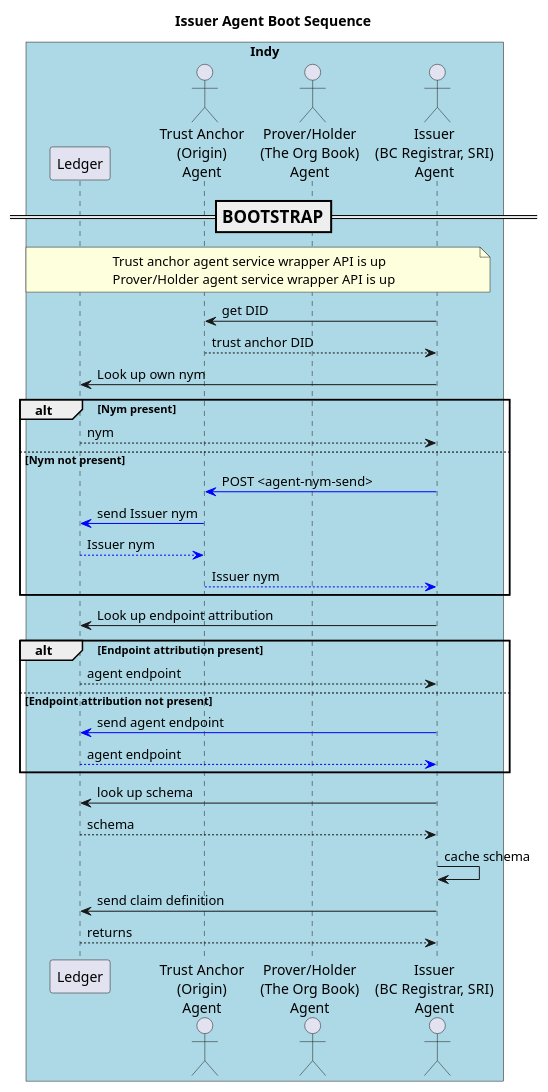
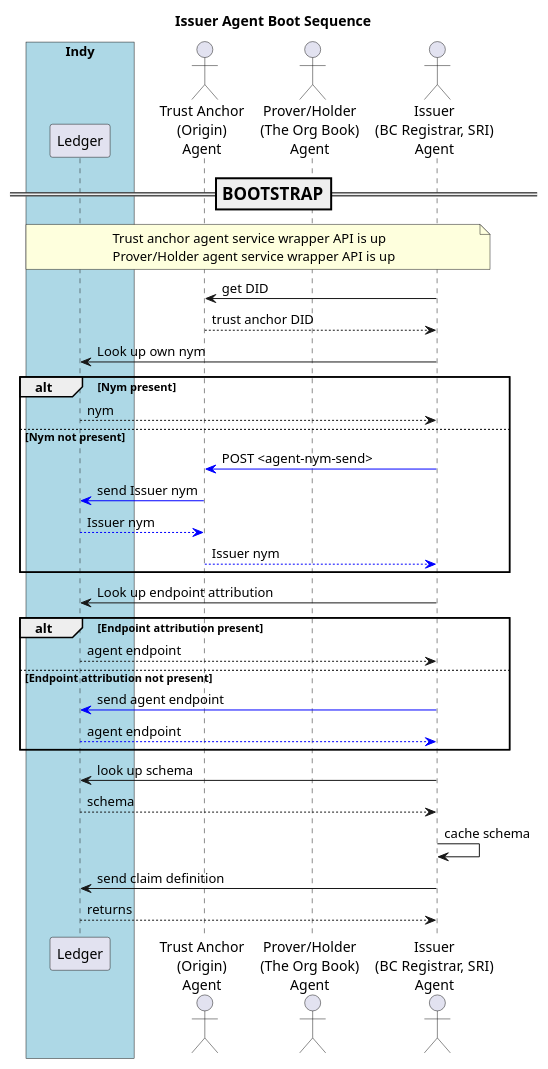
Before and after one commit to PSPC-SPAC-buyandsell/demo-agent: the diagram in doc/pic/src/boot.isag.puml, drawn with PlantUML. The commit also changed 13 other files, not shown here.

Commit message:
tweaks for logging, requirements.txt, diagrams

```diff
--- a/doc/pic/src/boot.isag.puml
+++ b/doc/pic/src/boot.isag.puml
@@ -1,49 +1,49 @@
 @startuml
 skinparam ParticipantPadding 20
 skinparam BaloxPadding 20
 
 title Issuer Agent Boot Sequence
 
 
 box "Indy" #LightBlue
     participant "Ledger" as ledger
-    actor "Trust Anchor\n(Origin)\nAgent" as tag
-    actor "Prover/Holder\n(The Org Book)\nAgent" as obag
-    actor "Issuer\n(BC Registrar, SRI)\nAgent" as isag
 endbox
+actor "Trust Anchor\n(Origin)\nAgent" as tag
+actor "Prover/Holder\n(The Org Book)\nAgent" as obag
+actor "Issuer\n(BC Registrar, SRI)\nAgent" as isag
 
 === BOOTSTRAP ==
 note over ledger, isag
 Trust anchor agent service wrapper API is up
 Prover/Holder agent service wrapper API is up
 endnote
 
 isag -> tag: get DID
 tag --> isag: trust anchor DID
 
 isag -> ledger: Look up own nym
 alt Nym present
     ledger --> isag: nym
 else Nym not present
     isag -[#blue]> tag: POST <agent-nym-send>
     tag -[#blue]> ledger: send Issuer nym
     ledger --[#blue]> tag: Issuer nym
     tag --[#blue]> isag: Issuer nym
 end
 
 isag -> ledger: Look up endpoint attribution
 alt Endpoint attribution present
     ledger --> isag: agent endpoint
 else Endpoint attribution not present
     isag -[#blue]> ledger: send agent endpoint
     ledger --[#blue]> isag: agent endpoint
 end
 
 isag -> ledger: look up schema
 ledger --> isag: schema
 isag -> isag: cache schema
 
 isag -> ledger: send claim definition
 ledger --> isag: returns
 
 @enduml
```
